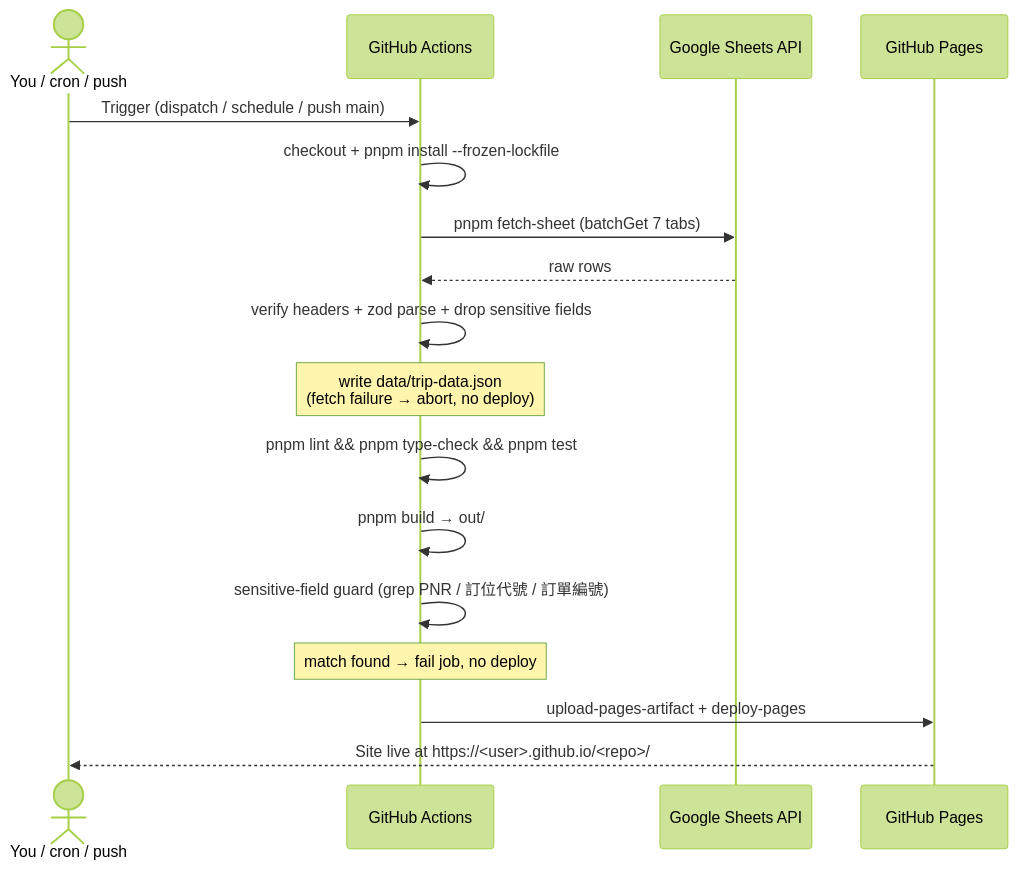
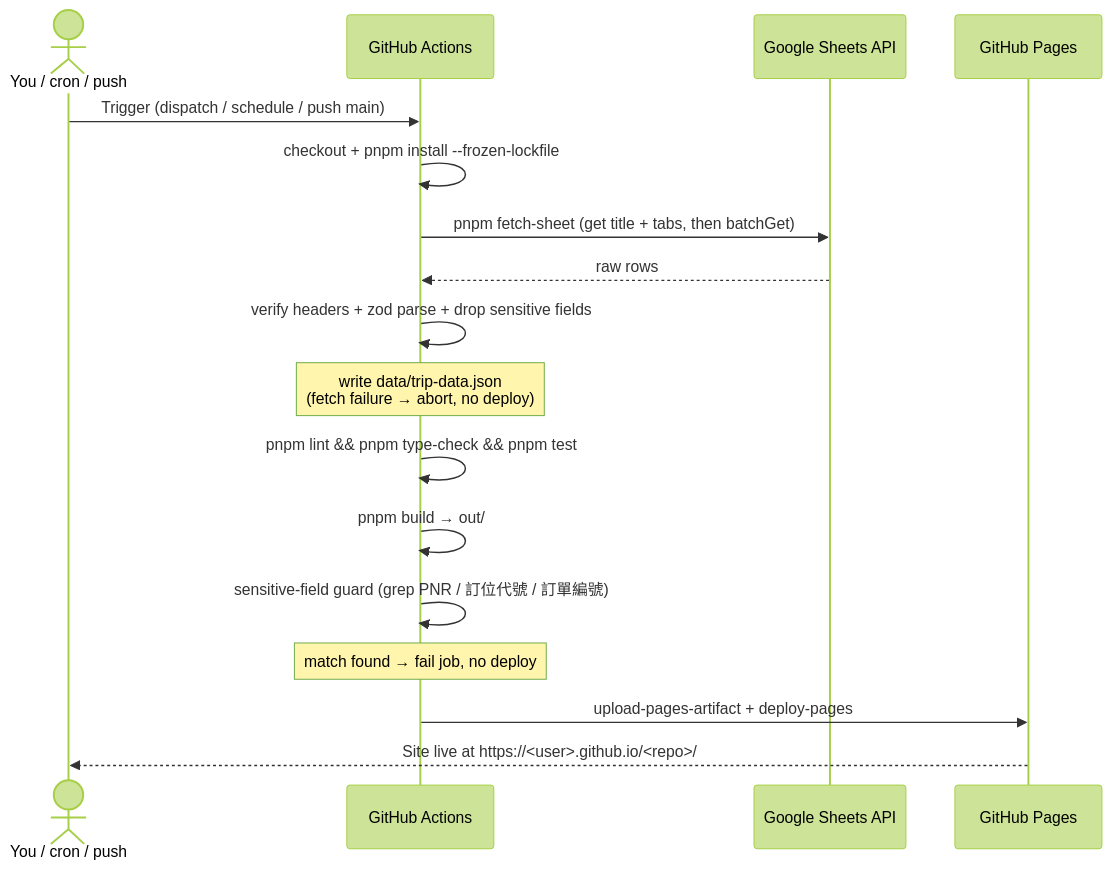
One commit to KevinShih-689/trip-sheets changed the diagram in README.md. Above: the diagram before and after it, drawn with Mermaid (forest theme). The commit also changed other lines of this file and 17 other files, not shown here.

````diff
--- a/README.md
+++ b/README.md
@@ -161,20 +170,20 @@
 ```mermaid
 sequenceDiagram
     actor Dev as You / cron / push
     participant GA as GitHub Actions
     participant GS as Google Sheets API
     participant Pages as GitHub Pages
 
     Dev->>GA: Trigger (dispatch / schedule / push main)
     GA->>GA: checkout + pnpm install --frozen-lockfile
-    GA->>GS: pnpm fetch-sheet (batchGet 7 tabs)
+    GA->>GS: pnpm fetch-sheet (get title + tabs, then batchGet)
     GS-->>GA: raw rows
     GA->>GA: verify headers + zod parse + drop sensitive fields
     Note over GA: write data/trip-data.json<br/>(fetch failure → abort, no deploy)
     GA->>GA: pnpm lint && pnpm type-check && pnpm test
     GA->>GA: pnpm build → out/
     GA->>GA: sensitive-field guard (grep PNR / 訂位代號 / 訂單編號)
     Note over GA: match found → fail job, no deploy
     GA->>Pages: upload-pages-artifact + deploy-pages
     Pages-->>Dev: Site live at https://<user>.github.io/<repo>/
 ```
````
